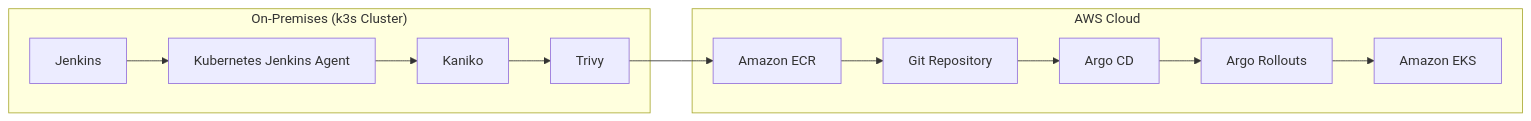
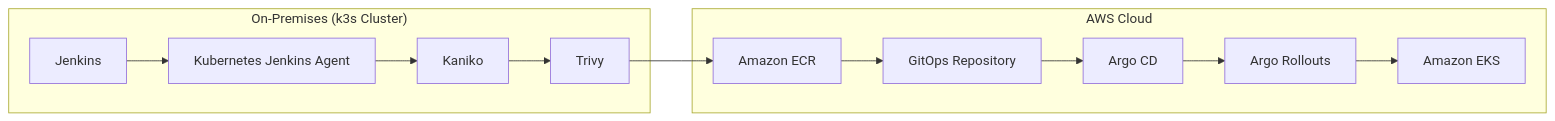
The first of 3 diagrams in README.md (OhWreckedcom10/Final-Project), drawn with Mermaid before and after one commit. The commit also changed other lines of this file, not shown here.

````diff
--- a/README.md
+++ b/README.md
@@ -40,45 +40,38 @@
 ```mermaid
 flowchart LR
 
 subgraph OnPrem["On-Premises (k3s Cluster)"]
 
 Jenkins[Jenkins]
 
 Agent[Kubernetes Jenkins Agent]
 
 Kaniko[Kaniko]
 
 Trivy[Trivy]
 
 end
 
 subgraph AWS["AWS Cloud"]
 
 ECR[Amazon ECR]
 
-GitOps[Git Repository]
+GitOps[GitOps Repository]
 
 ArgoCD[Argo CD]
 
 Rollouts[Argo Rollouts]
 
 EKS[Amazon EKS]
 
 end
 
 Jenkins --> Agent
-
 Agent --> Kaniko
-
 Kaniko --> Trivy
-
 Trivy --> ECR
-
 ECR --> GitOps
-
 GitOps --> ArgoCD
-
 ArgoCD --> Rollouts
-
 Rollouts --> EKS
 ```
````
